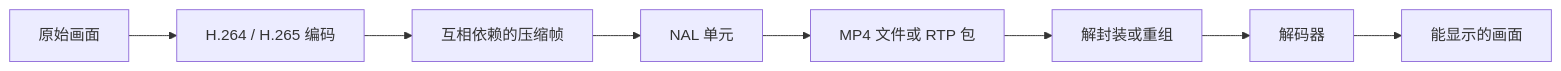
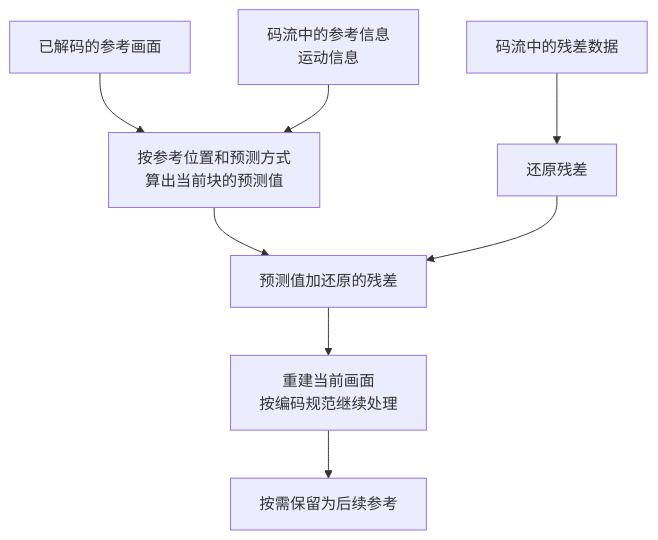
The first of 2 diagrams in src/content/tutorial/ffmpeg/08-H264-H265-Bitstream.md (flycodeu/FlyCodeCenter), drawn with Mermaid before and after one commit. The commit also changed other lines of this file and 13 other files, not shown here.

````diff
--- a/src/content/tutorial/ffmpeg/08-H264-H265-Bitstream.md
+++ b/src/content/tutorial/ffmpeg/08-H264-H265-Bitstream.md
@@ -29,10 +106,10 @@
 ```mermaid
-flowchart LR
-  A[原始画面] --> B[H.264 / H.265 编码]
-  B --> C[互相依赖的压缩帧]
-  C --> D[NAL 单元]
-  D --> E[MP4 文件或 RTP 包]
-  E --> F[解封装或重组]
-  F --> G[解码器]
-  G --> H[能显示的画面]
+flowchart TB
+  A[已解码的参考画面] --> B[按参考位置和预测方式<br/>算出当前块的预测值]
+  M[码流中的参考信息<br/>运动信息] --> B
+  R[码流中的残差数据] --> D[还原残差]
+  B --> E[预测值加还原的残差]
+  D --> E
+  E --> F[重建当前画面<br/>按编码规范继续处理]
+  F --> G[按需保留为后续参考]
 ```
````
